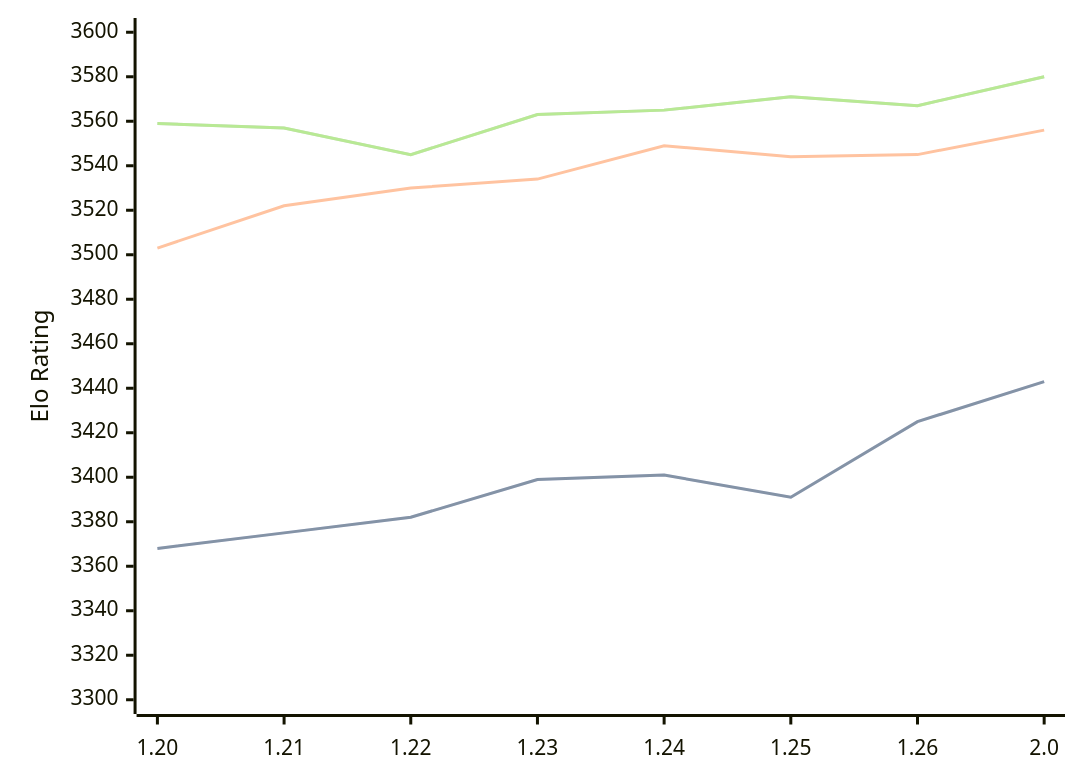
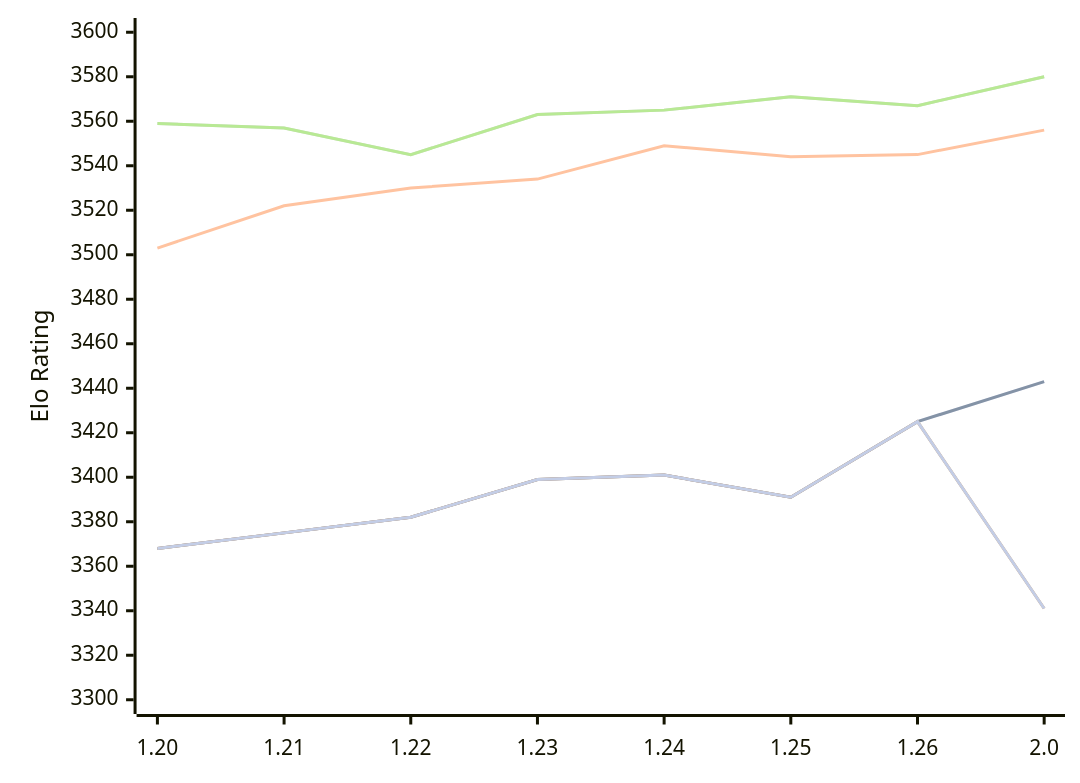
One commit to computer-chess-index/cci changed the diagram in engines/Caissa.md. Above: the diagram before and after it, drawn with Mermaid. The commit also changed other lines of this file, not shown here.

Commit message:
Update CCI Ratings (ELO VLTC) - 2026-10-11

````diff
--- a/engines/Caissa.md
+++ b/engines/Caissa.md
@@ -54,16 +54,13 @@
 ```mermaid
 %%{init: {"theme":"base","themeVariables":{"seriesColors:['#a3a3a3','#222221','#faa371']}}}%%
 xychart-beta
   x-axis ["1.20", "1.21", "1.22", "1.23", "1.24", "1.25", "1.26", "2.0"]
   y-axis "Elo Rating" 3300 --> 3600
   line "" [3368, 3375, 3382, 3399, 3401, 3391, 3425, 3443]
   line "T1: STC (8.0+0.08s)" [3368, 3375, 3382, 3399, 3401, 3391, 3425, 3443]
   line "T1: LTC (60.0+0.60s)" [3503, 3522, 3530, 3534, 3549, 3544, 3545, 3556]
   line "" [3559, 3557, 3545, 3563, 3565, 3571, 3567, 3580]
   line "T1: VLTC (2m24s+1.12s)" [3559, 3557, 3545, 3563, 3565, 3571, 3567, 3580]
-  line "" [3328]
-  line "E1: STC (8.0+0.08s)" [3328]
-  line "E1: LTC (60.0+0.60s)" [3529]
-  line "" [3573]
-  line "E1: VLTC (2m24s+1.12s)" [3573]
+  line "" [3368, 3375, 3382, 3399, 3401, 3391, 3425,3341]
+  line "E1: STC (8.0+0.08s)" [3368, 3375, 3382, 3399, 3401, 3391, 3425,3341]
 ```
````
